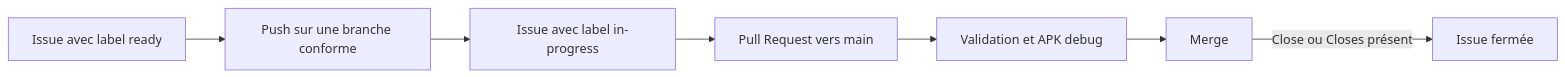
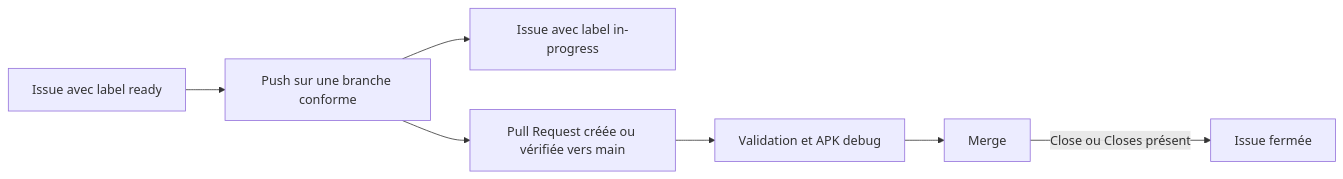
One commit to YannickLevadoux/rep_timer changed the diagram in README.md. Above: the diagram before and after it, drawn with Mermaid. The commit also changed other lines of this file, not shown here.

````diff
--- a/README.md
+++ b/README.md
@@ -126,13 +126,15 @@
 ```mermaid
 flowchart LR
     A[Issue avec label ready]
     B[Push sur une branche conforme]
     C[Issue avec label in-progress]
-    D[Pull Request vers main]
+    D[Pull Request créée ou vérifiée vers main]
     E[Validation et APK debug]
     F[Merge]
     G[Issue fermée]
 
-    A --> B --> C --> D --> E --> F
+    A --> B
+    B --> C
+    B --> D --> E --> F
     F -->|Close ou Closes présent| G
 ```
````
